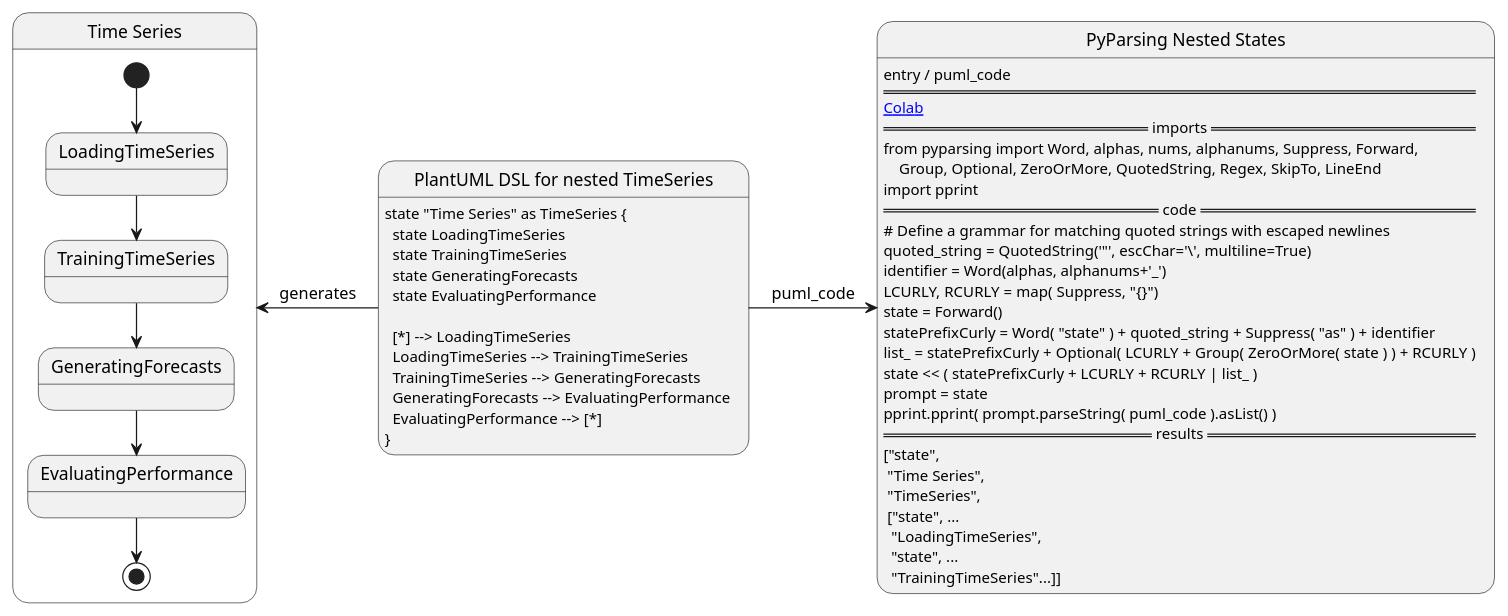
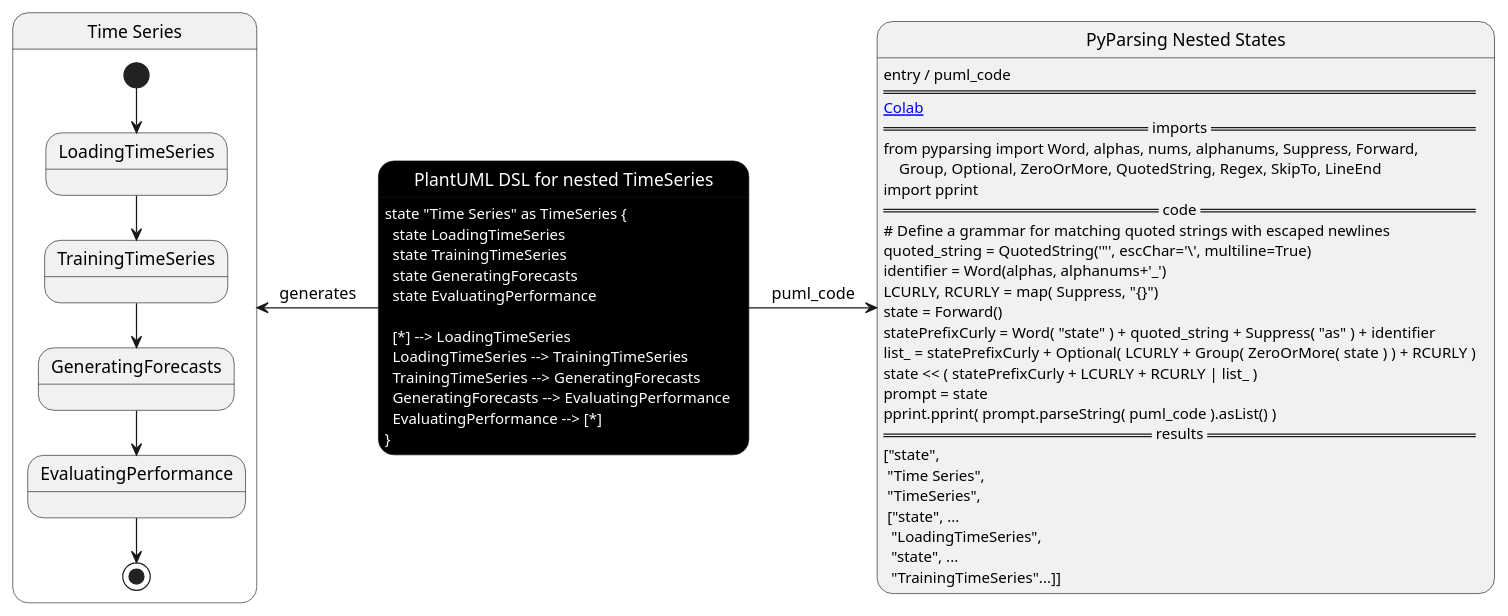
Before and after one commit to mirceat/FSM2ML-diagrams: the diagram in Fig5PlantUMLDSL.puml, drawn with PlantUML. The commit also changed 17 other files, not shown here.

```diff
--- a/Fig5PlantUMLDSL.puml
+++ b/Fig5PlantUMLDSL.puml
@@ -1,68 +1,78 @@
 @startuml
 
-state "PlantUML DSL for nested TimeSeries" as PlantUML {
+'skinparam monochrome reverse
+
+skinparam state {
+  backgroundColor<<DSL>> Black
+  fontColor<<DSL>> White
+}
+
+state "PlantUML DSL for nested TimeSeries" as PlantUML <<DSL>> {
 
 }
 
 PlantUML : state "Time Series" as TimeSeries {\n\
   state LoadingTimeSeries\n\
   state TrainingTimeSeries\n\
   state GeneratingForecasts\n\
   state EvaluatingPerformance\n\
 \n\
   [*] --> LoadingTimeSeries\n\
   LoadingTimeSeries --> TrainingTimeSeries\n\
   TrainingTimeSeries --> GeneratingForecasts\n\
   GeneratingForecasts --> EvaluatingPerformance\n\
   EvaluatingPerformance --> [*]\n\
 }
 
 state "Time Series" as TimeSeries {
   state LoadingTimeSeries
   state TrainingTimeSeries
   state GeneratingForecasts
   state EvaluatingPerformance
 
   [*] --> LoadingTimeSeries
   LoadingTimeSeries --> TrainingTimeSeries
   TrainingTimeSeries --> GeneratingForecasts
   GeneratingForecasts --> EvaluatingPerformance
   EvaluatingPerformance --> [*]
 }
 
 
 
 state "PyParsing Nested States" as PyParsing {
 
 }
 
 PyParsing : entry / puml_code \n\
 ====\n\
 [[https://colab.research.google.com/drive/1ChWktWvzvhjI5atpfXidiUYdCoy_-ygF#scrollTo=G3wa3H0Pc38x&line=5&uniqifier=1 Colab]]\n\
 == imports ==\n\
 from pyparsing import Word, alphas, nums, alphanums, Suppress, Forward, \n\
     Group, Optional, ZeroOrMore, QuotedString, Regex, SkipTo, LineEnd\n\
 import pprint\n\
 == code ==\n\
 ~# Define a grammar for matching quoted strings with escaped newlines\n\
 quoted_string = QuotedString('"', escChar='\\', multiline=True)\n\
 identifier = Word(alphas, alphanums+'_')\n\
 LCURLY, RCURLY = map( Suppress, "{}")\n\
 state = Forward()\n\
 statePrefixCurly = Word( "state" ) + quoted_string + Suppress( "as" ) + identifier\n\
 list_ = statePrefixCurly + Optional( LCURLY + Group( ZeroOrMore( state ) ) + RCURLY )\n\
 state << ( statePrefixCurly + LCURLY + RCURLY | list_ )\n\
 prompt = state\n\
 pprint.pprint( prompt.parseString( puml_code ).asList() )\n\
 == results ==\n\
 ["state",\n\
  "Time Series",\n\
  "TimeSeries",\n\
  ~["state", ...\n\
   "LoadingTimeSeries",\n\
   "state", ...\n\
   "TrainingTimeSeries"...]]
 
 TimeSeries <- PlantUML : generates
 PlantUML -> PyParsing : puml_code
+
+'center footer Generated by Plant2ML www.plant2ml.com
+
 @enduml
```
